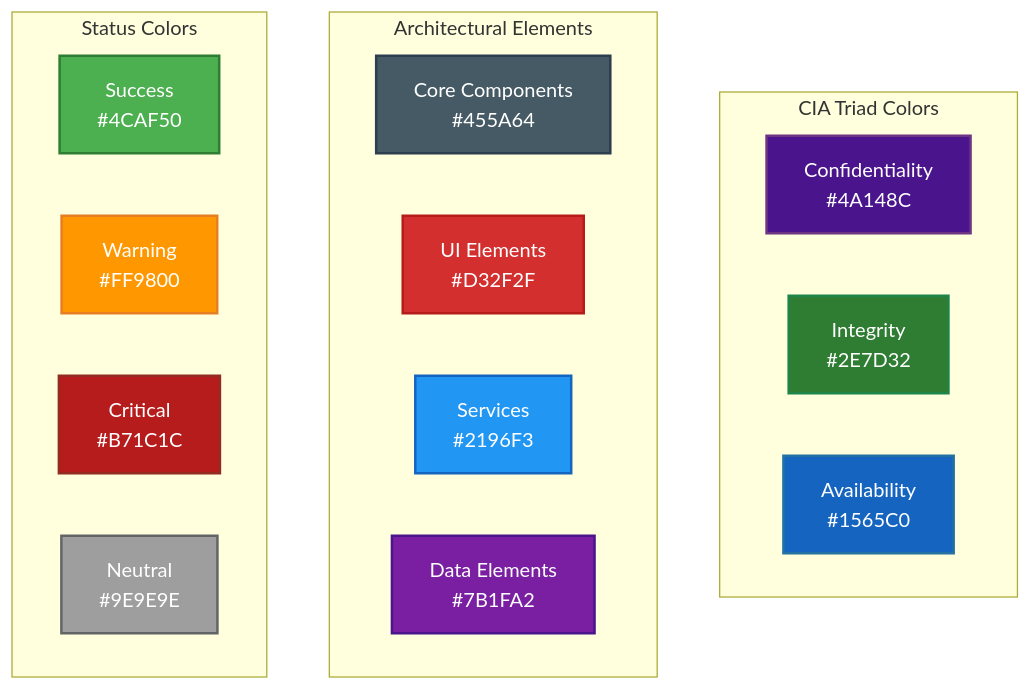
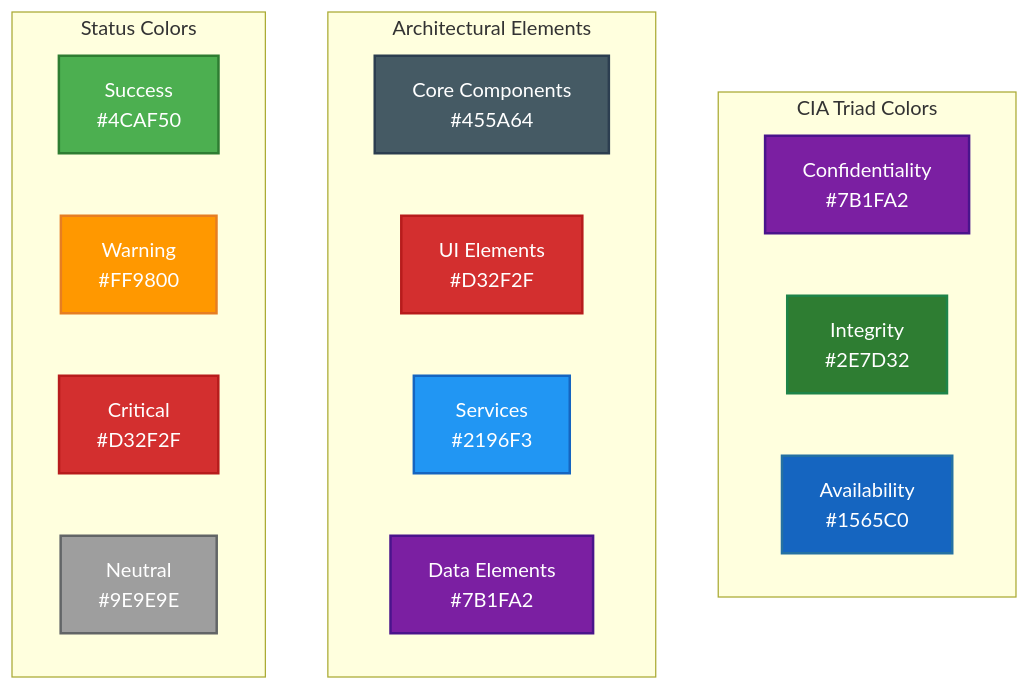
The first of 6 diagrams in docs/architecture/STYLE_GUIDE.md (Hack23/cia-compliance-manager), drawn with Mermaid before and after one commit. The commit also changed other lines of this file and 2 other files, not shown here.

Commit message:
fix: align STYLE_GUIDE palette colors, update idle to neutral, fix teal strokes to #1565C0
Agent-Logs-Url: https://github.com/Hack23/cia-compliance-manager/sessions/9824a25c-fa91-4d7a-9309-5335d29259b1

````diff
--- a/docs/architecture/STYLE_GUIDE.md
+++ b/docs/architecture/STYLE_GUIDE.md
@@ -65,36 +65,36 @@
 ```mermaid
 graph TD
     subgraph "CIA Triad Colors"
-        C1[Confidentiality<br>#4A148C]
+        C1[Confidentiality<br>#7B1FA2]
         I1[Integrity<br>#2E7D32]
         A1[Availability<br>#1565C0]
     end
     
     subgraph "Architectural Elements"
         A2[Core Components<br>#455A64]
         A3[UI Elements<br>#D32F2F]
         A4[Services<br>#2196F3]
         A5[Data Elements<br>#7B1FA2]
     end
     
     subgraph "Status Colors"
         S1[Success<br>#4CAF50]
         S2[Warning<br>#FF9800]
-        S3[Critical<br>#B71C1C]
+        S3[Critical<br>#D32F2F]
         S4[Neutral<br>#9E9E9E]
     end
     
-    style C1 fill:#4A148C,stroke:#6c3483,stroke-width:2px,color:white
+    style C1 fill:#7B1FA2,stroke:#4A148C,stroke-width:2px,color:white
     style I1 fill:#2E7D32,stroke:#1e8449,stroke-width:2px,color:white
     style A1 fill:#1565C0,stroke:#2471a3,stroke-width:2px,color:white
     
     style A2 fill:#455A64,stroke:#2c3e50,stroke-width:2px,color:white
     style A3 fill:#D32F2F,stroke:#B71C1C,stroke-width:2px,color:white
     style A4 fill:#2196F3,stroke:#1565C0,stroke-width:2px,color:white
     style A5 fill:#7B1FA2,stroke:#4A148C,stroke-width:2px,color:white
     
     style S1 fill:#4CAF50,stroke:#2E7D32,stroke-width:2px,color:white
     style S2 fill:#FF9800,stroke:#e67e22,stroke-width:2px,color:white
-    style S3 fill:#B71C1C,stroke:#922b21,stroke-width:2px,color:white
+    style S3 fill:#D32F2F,stroke:#B71C1C,stroke-width:2px,color:white
     style S4 fill:#9E9E9E,stroke:#626567,stroke-width:2px,color:white
 ```
````
